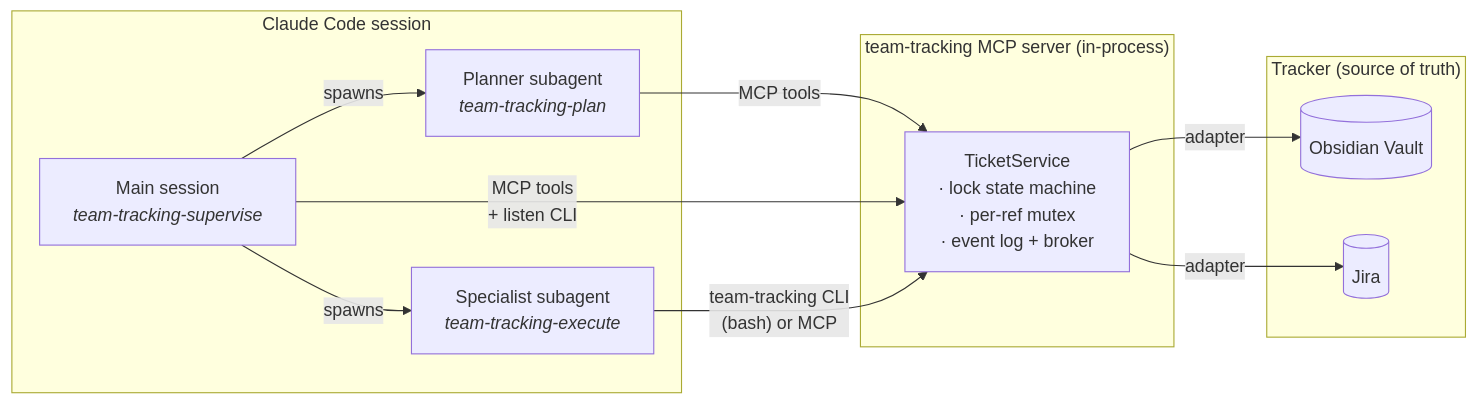
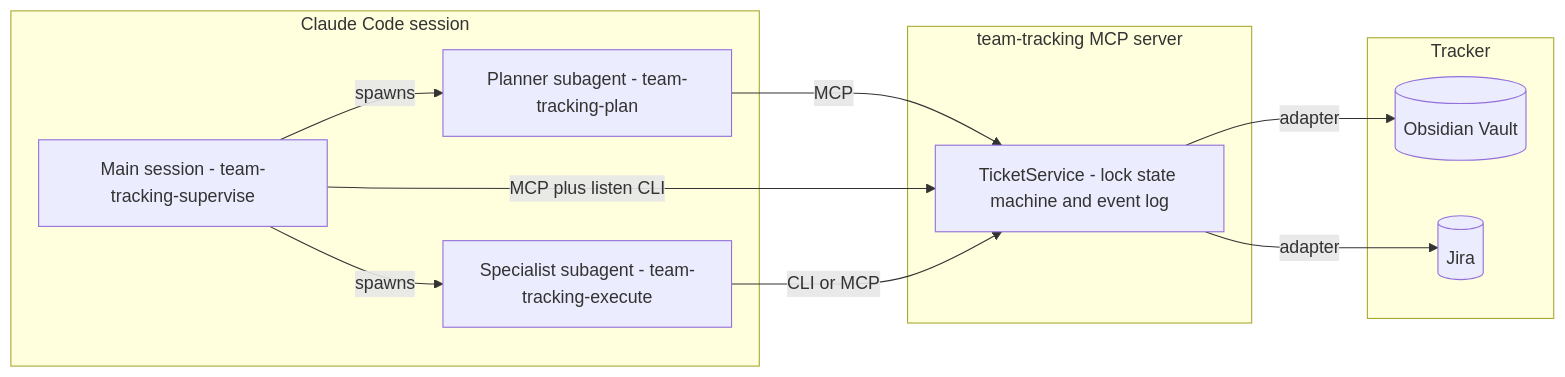
Before and after one commit to RazvanRotaru/team-tracking-plugin: the first of 2 diagrams in README.md, drawn with Mermaid. The commit also changed other lines of this file, not shown here.

Commit message:
fix(readme): rewrite Mermaid diagrams with maximally portable syntax (#10)
Both diagrams in the previous README failed GitHub's renderer (and
mermaid.parse() locally — the parser flags the exact error GitHub
shows). Rewriting both with strictly conservative syntax that the
mermaid lib accepts cleanly:

- No HTML in node labels (`<br/>`, `<i>` removed)
- No quoted edge labels (Mermaid lexer mishandles some quote contexts)
- No special characters in message text (parens, brackets, braces, em
  dashes, unicode arrows, ellipsis, middle dots — all gone)
- No parens in subgraph display names
- Participant T renamed from "MCP server / Tracker" to "Server" — slash
  in display name was a separate hazard

Validated locally with `mermaid.parse()` — both blocks: OK.

````diff
--- a/README.md
+++ b/README.md
@@ -13,25 +13,25 @@
 ```mermaid
 flowchart LR
-    subgraph CC["Claude Code session"]
-      O["Main session<br/><i>team-tracking-supervise</i>"]
-      P["Planner subagent<br/><i>team-tracking-plan</i>"]
-      S["Specialist subagent<br/><i>team-tracking-execute</i>"]
+    subgraph CC[Claude Code session]
+      O[Main session - team-tracking-supervise]
+      P[Planner subagent - team-tracking-plan]
+      S[Specialist subagent - team-tracking-execute]
     end
 
-    subgraph SRV["team-tracking MCP server (in-process)"]
-      Service["TicketService<br/>· lock state machine<br/>· per-ref mutex<br/>· event log + broker"]
+    subgraph SRV[team-tracking MCP server]
+      Service[TicketService - lock state machine and event log]
     end
 
-    subgraph T["Tracker (source of truth)"]
-      Vault[("Obsidian Vault")]
-      Jira[("Jira")]
+    subgraph TR[Tracker]
+      Vault[(Obsidian Vault)]
+      Jira[(Jira)]
     end
 
-    O -- "spawns" --> P
-    O -- "spawns" --> S
-    P -- "MCP tools" --> Service
-    O -- "MCP tools<br/>+ listen CLI" --> Service
-    S -- "team-tracking CLI<br/>(bash) or MCP" --> Service
-    Service -- "adapter" --> Vault
-    Service -- "adapter" --> Jira
+    O -- spawns --> P
+    O -- spawns --> S
+    P -- MCP --> Service
+    O -- MCP plus listen CLI --> Service
+    S -- CLI or MCP --> Service
+    Service -- adapter --> Vault
+    Service -- adapter --> Jira
 ```
````
